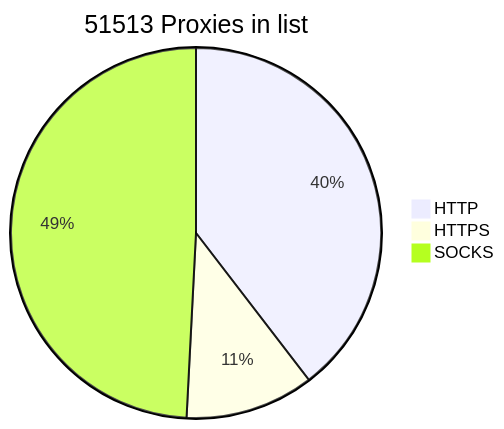
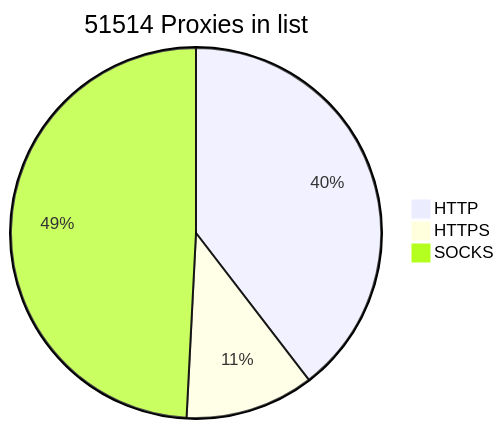
Before and after one commit to BlackSnowDot/proxylist-update-every-minute: the diagram in README.md, drawn with Mermaid.

````diff
--- a/README.md
+++ b/README.md
@@ -2,6 +2,6 @@
 ```mermaid
-pie title 51513 Proxies in list
+pie title 51514 Proxies in list
     "HTTP" : 22640
     "HTTPS": 6431
-    "SOCKS" : 28140
+    "SOCKS" : 28141
 ```
````
